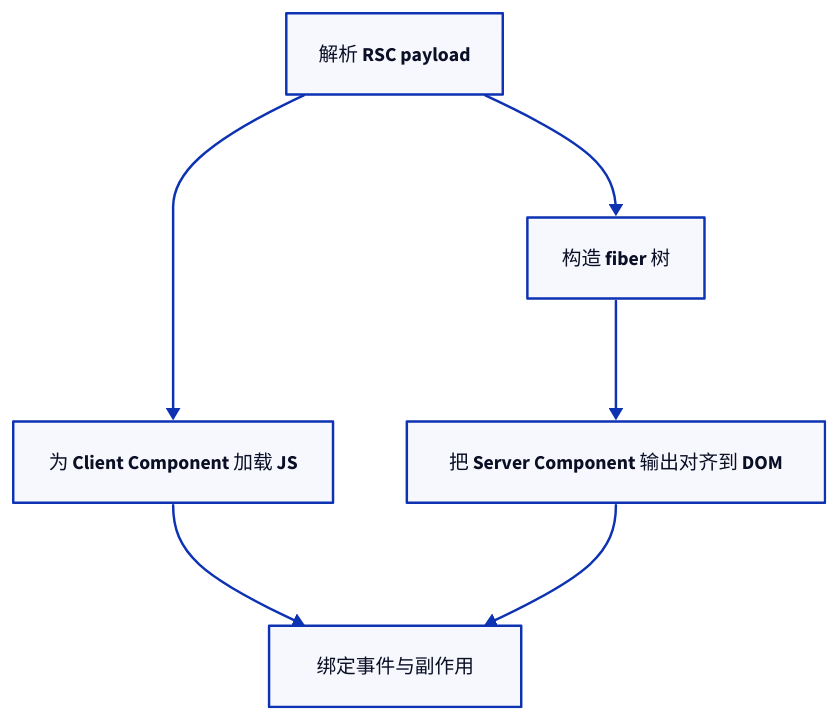
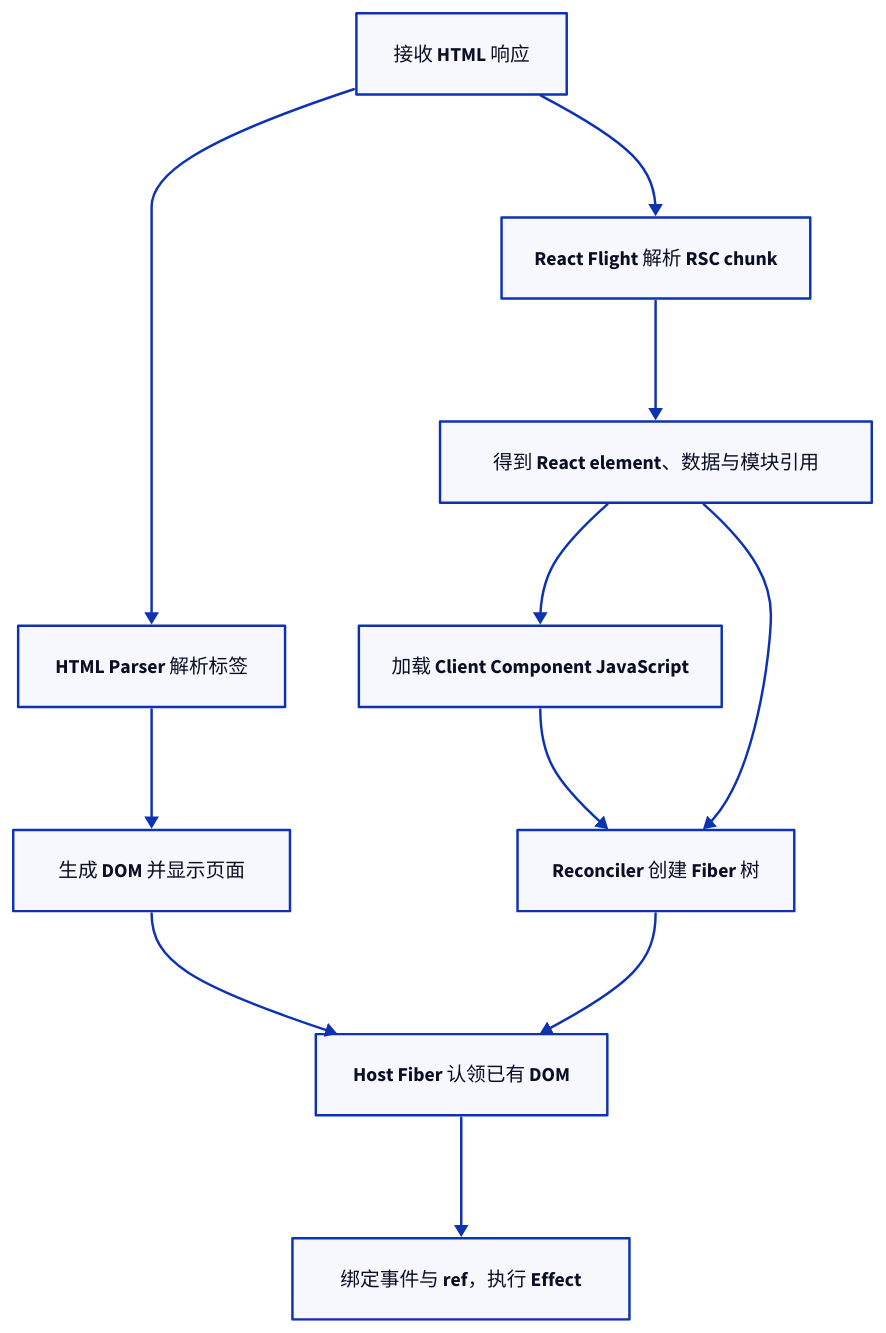
Before and after one commit to youngluo/thinking: the second of 4 diagrams in apps/docs/experiences/React/Next.js 原理与实践.md, drawn with D2. The commit also changed other lines of this file and 1 other file, not shown here.

Commit message:
docs: clarify nextjs rendering and vite architecture

````diff
--- a/apps/docs/experiences/React/Next.js 原理与实践.md
+++ b/apps/docs/experiences/React/Next.js 原理与实践.md
@@ -182,13 +123,20 @@
 ```d2
 direction: down
 
-parse: 解析 RSC payload
-tree: 构造 fiber 树
-align: 把 Server Component 输出对齐到 DOM
-load: 为 Client Component 加载 JS
-hydrate: 绑定事件与副作用
+response: 接收 HTML 响应
+html: HTML Parser 解析标签
+dom: 生成 DOM 并显示页面
+flight: React Flight 解析 RSC chunk
+elements: 得到 React element、数据与模块引用
+modules: 加载 Client Component JavaScript
+fiber: Reconciler 创建 Fiber 树
+hydrate: Host Fiber 认领已有 DOM
+commit: 绑定事件与 ref，执行 Effect
 
-parse -> tree -> align
-parse -> load -> hydrate
-align -> hydrate
+response -> html -> dom
+response -> flight -> elements
+elements -> modules -> fiber
+elements -> fiber
+dom -> hydrate
+fiber -> hydrate -> commit
 ```
````
